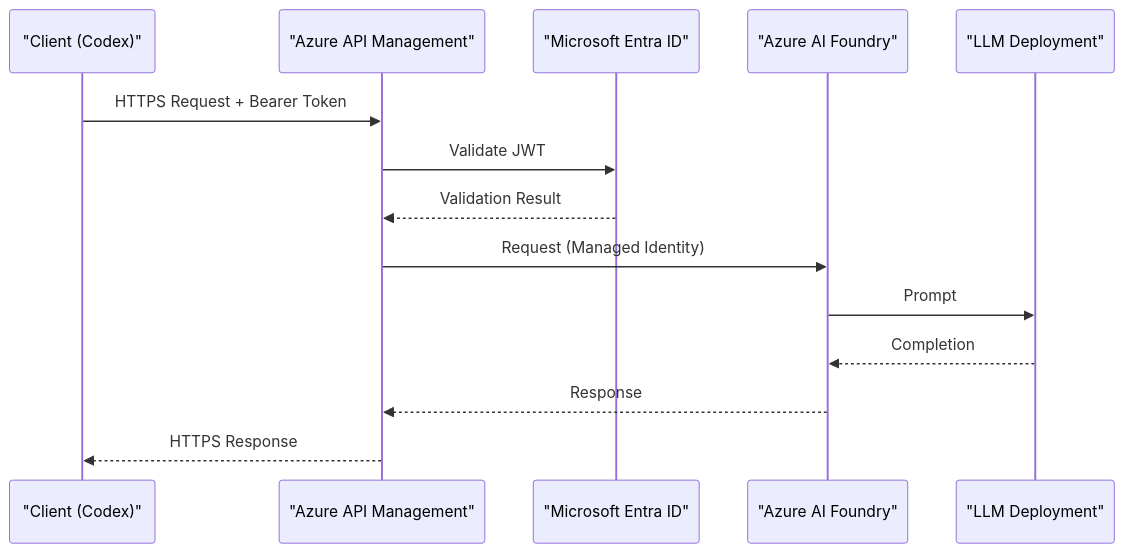
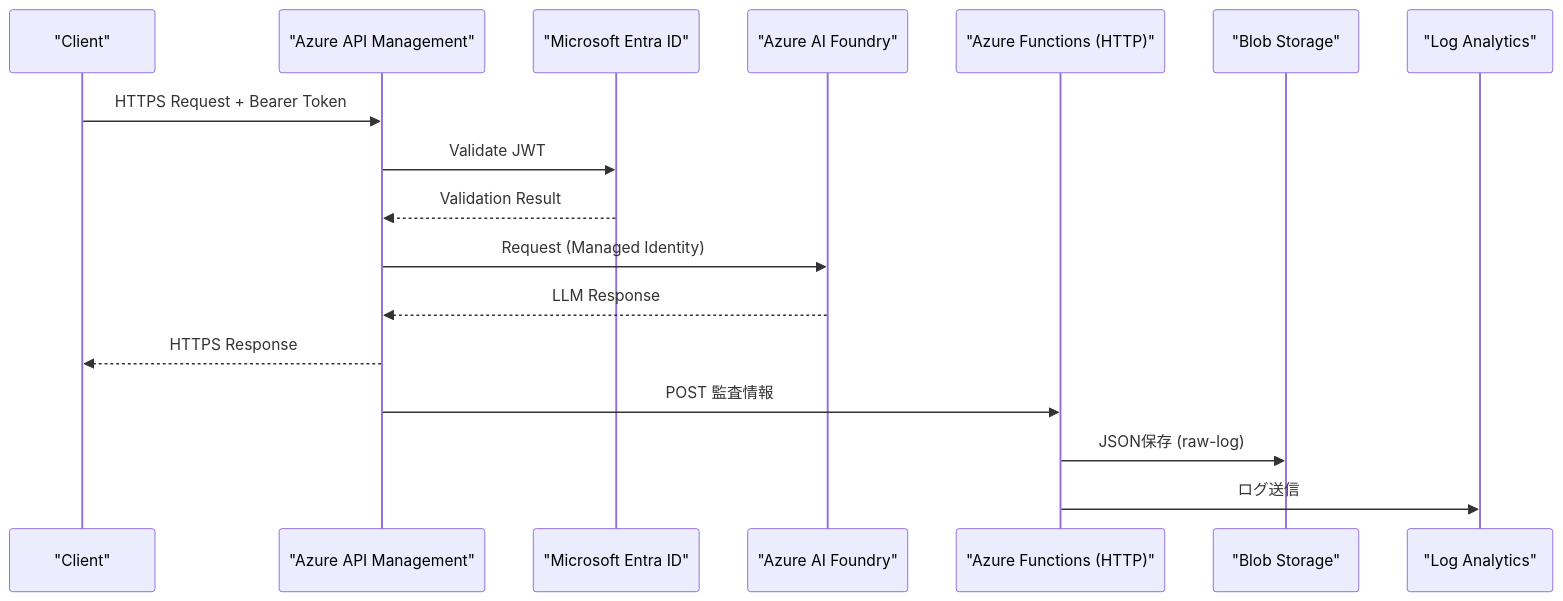
Before and after one commit to 75-8/FoundryAPI-use-insideCorp: the second of 3 diagrams in docs/spec/diagram.md, drawn with Mermaid. The commit also changed other lines of this file and 2 other files, not shown here.

````diff
--- a/docs/spec/diagram.md
+++ b/docs/spec/diagram.md
@@ -57,25 +45,29 @@
 ```mermaid
 sequenceDiagram
 
-    participant Client as "Client (Codex)"
+    participant Client as "Client"
     participant APIM as "Azure API Management"
     participant Entra as "Microsoft Entra ID"
     participant Foundry as "Azure AI Foundry"
-    participant LLM as "LLM Deployment"
+    participant FuncHttp as "Azure Functions (HTTP)"
+    participant Blob as "Blob Storage"
+    participant LA as "Log Analytics"
 
     Client->>APIM: HTTPS Request + Bearer Token
 
     APIM->>Entra: Validate JWT
 
     Entra-->>APIM: Validation Result
 
     APIM->>Foundry: Request (Managed Identity)
 
-    Foundry->>LLM: Prompt
-
-    LLM-->>Foundry: Completion
-
-    Foundry-->>APIM: Response
+    Foundry-->>APIM: LLM Response
 
     APIM-->>Client: HTTPS Response
+
+    APIM->>FuncHttp: POST 監査情報
+
+    FuncHttp->>Blob: JSON保存 (raw-log)
+
+    FuncHttp->>LA: ログ送信
 ```
````
